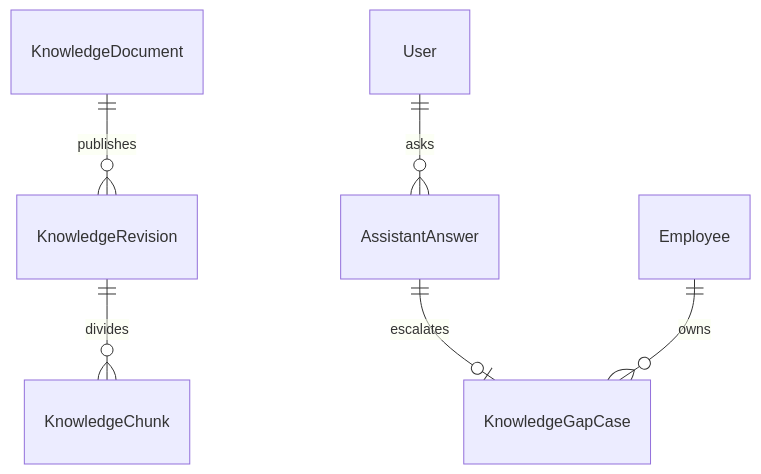
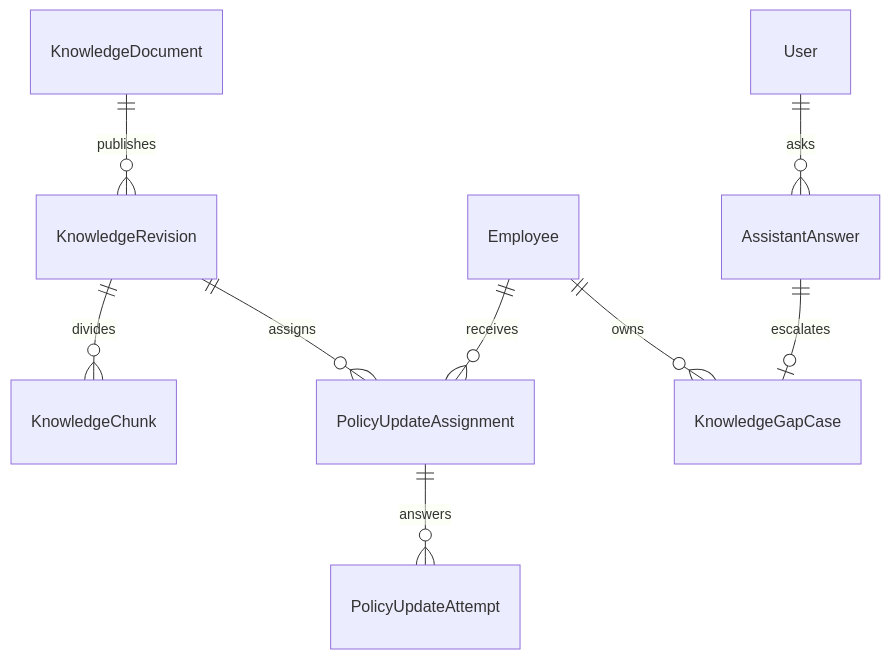
Before and after one commit to Yerlan110110/Jana: the third of 5 diagrams in docs/architecture/data-model.md, drawn with Mermaid. The commit also changed other lines of this file and 11 other files, not shown here.

Commit message:
docs: describe employee policy update journey

````diff
--- a/docs/architecture/data-model.md
+++ b/docs/architecture/data-model.md
@@ -43,8 +43,11 @@
 ```mermaid
 erDiagram
     KnowledgeDocument ||--o{ KnowledgeRevision : publishes
     KnowledgeRevision ||--o{ KnowledgeChunk : divides
+    KnowledgeRevision ||--o{ PolicyUpdateAssignment : assigns
+    Employee ||--o{ PolicyUpdateAssignment : receives
+    PolicyUpdateAssignment ||--o{ PolicyUpdateAttempt : answers
     User ||--o{ AssistantAnswer : asks
     AssistantAnswer ||--o| KnowledgeGapCase : escalates
     Employee ||--o{ KnowledgeGapCase : owns
 ```
````
